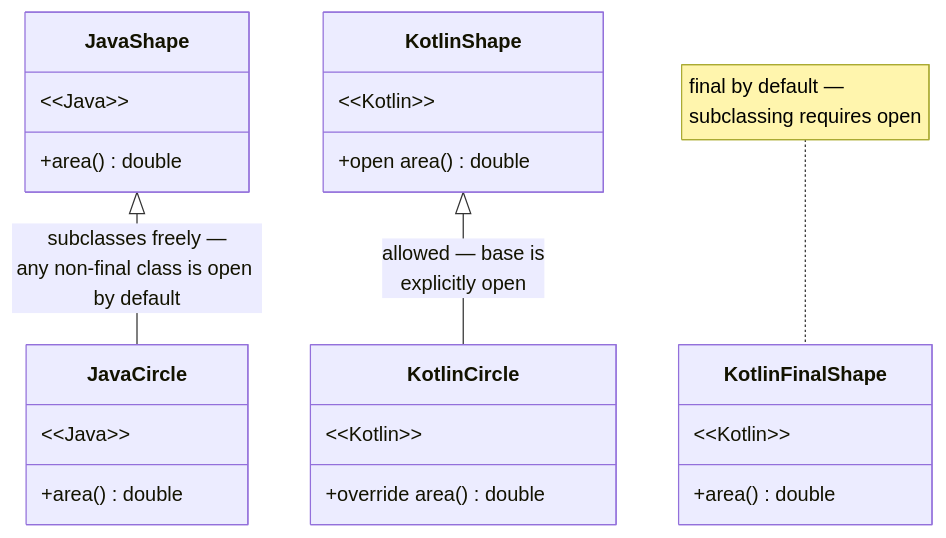
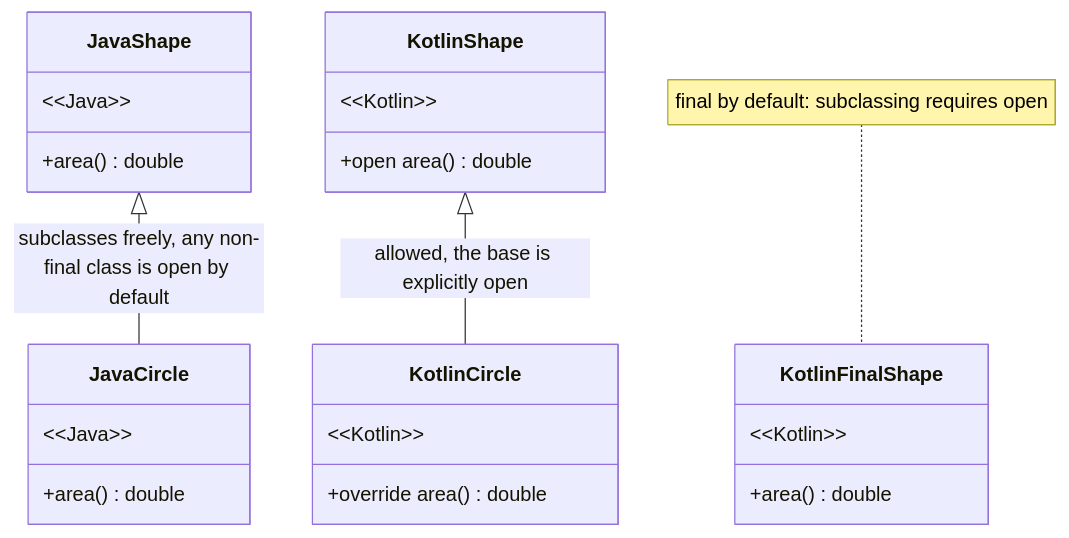
The second of 2 diagrams in modules/ROOT/pages/programming-languages/kotlin/inheritance-and-interfaces.adoc (albertoirurueta/docs), drawn with Mermaid before and after one commit. The commit also changed other lines of this file and 6182 other files, not shown here.

```diff
--- a/modules/ROOT/pages/programming-languages/kotlin/inheritance-and-interfaces.adoc
+++ b/modules/ROOT/pages/programming-languages/kotlin/inheritance-and-interfaces.adoc
@@ -110,28 +312,28 @@
 [mermaid]
 ....
 classDiagram
     class JavaShape {
         &lt;&lt;Java&gt;&gt;
         +area() double
     }
     class JavaCircle {
         &lt;&lt;Java&gt;&gt;
         +area() double
     }
-    JavaShape <|-- JavaCircle : subclasses freely —<br/>any non-final class is open by default
+    JavaShape <|-- JavaCircle : subclasses freely, any non-final class is open by default
 
     class KotlinShape {
         &lt;&lt;Kotlin&gt;&gt;
         +open area() double
     }
     class KotlinCircle {
         &lt;&lt;Kotlin&gt;&gt;
         +override area() double
     }
     class KotlinFinalShape {
         &lt;&lt;Kotlin&gt;&gt;
         +area() double
     }
-    KotlinShape <|-- KotlinCircle : allowed — base is<br/>explicitly open
-    note for KotlinFinalShape "final by default —<br/>subclassing requires open"
+    KotlinShape <|-- KotlinCircle : allowed, the base is explicitly open
+    note for KotlinFinalShape "final by default: subclassing requires open"
 ....
```
